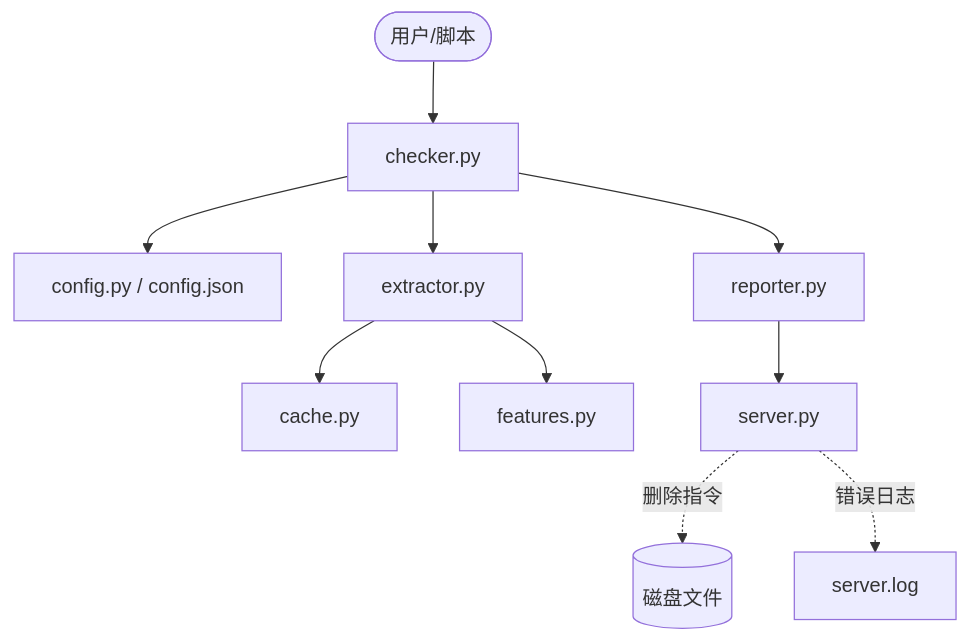
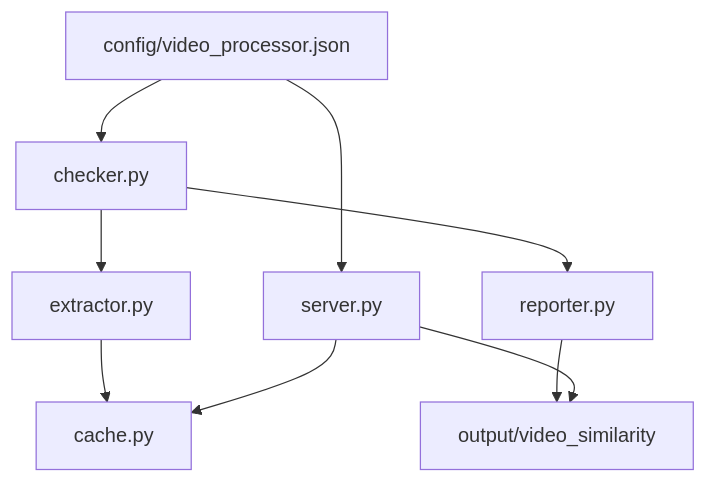
The diagram in utils/video_similarity/DESCRIPTION.md (kalila-cc/VideoProcessor), drawn with Mermaid before and after one commit. The commit also changed other lines of this file and 13 other files, not shown here.

````diff
--- a/utils/video_similarity/DESCRIPTION.md
+++ b/utils/video_similarity/DESCRIPTION.md
@@ -64,12 +32,11 @@
 ```mermaid
 graph TD
-    User([用户/脚本]) --> Checker[checker.py]
-    Checker --> Config[config.py / config.json]
-    Checker --> Extractor[extractor.py]
-    Extractor --> Cache[cache.py]
-    Extractor --> Features[features.py]
-    Checker --> Reporter[reporter.py]
-    Reporter --> Server[server.py]
-    Server -.->|删除指令| Files[(磁盘文件)]
-    Server -.->|错误日志| Log[server.log]
+    Config["config/video_processor.json"] --> Checker["checker.py"]
+    Config --> Server["server.py"]
+    Checker --> Extractor["extractor.py"]
+    Extractor --> Cache["cache.py"]
+    Checker --> Reporter["reporter.py"]
+    Reporter --> Output["output/video_similarity"]
+    Server --> Output
+    Server --> Cache
 ```
````
